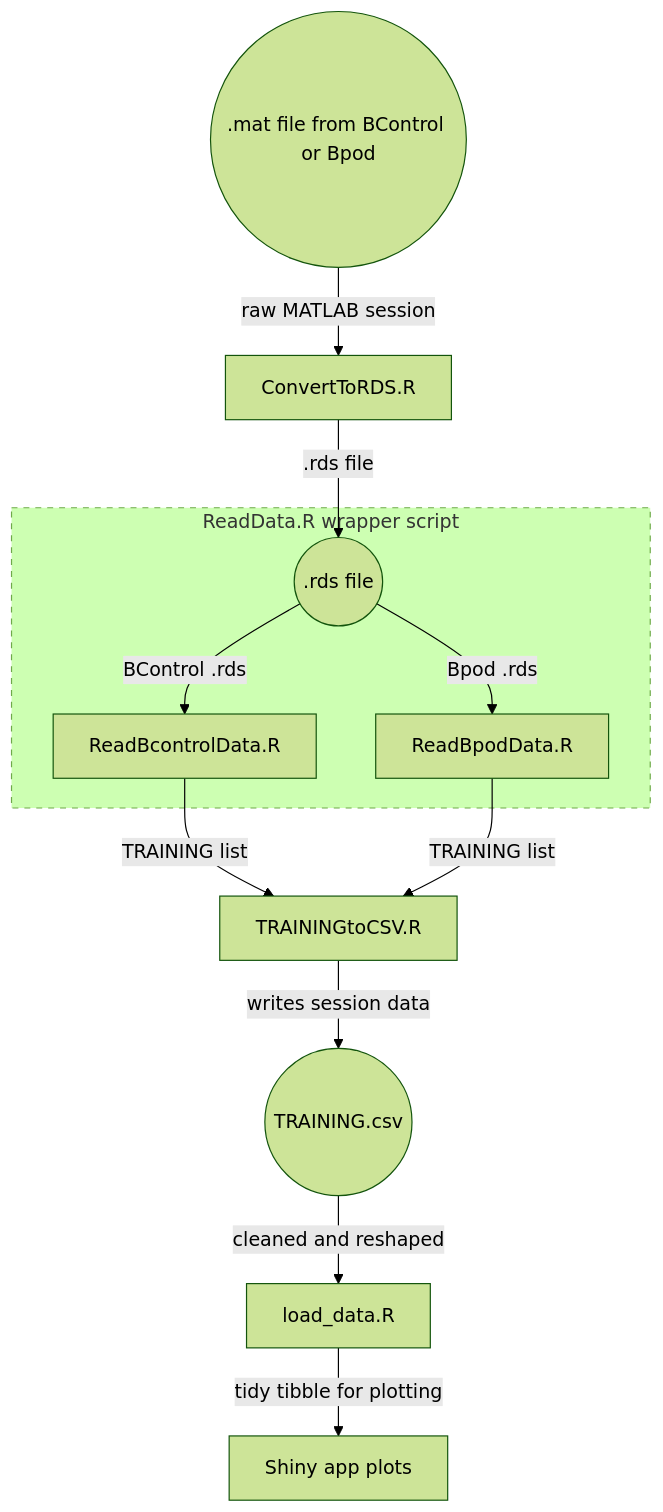
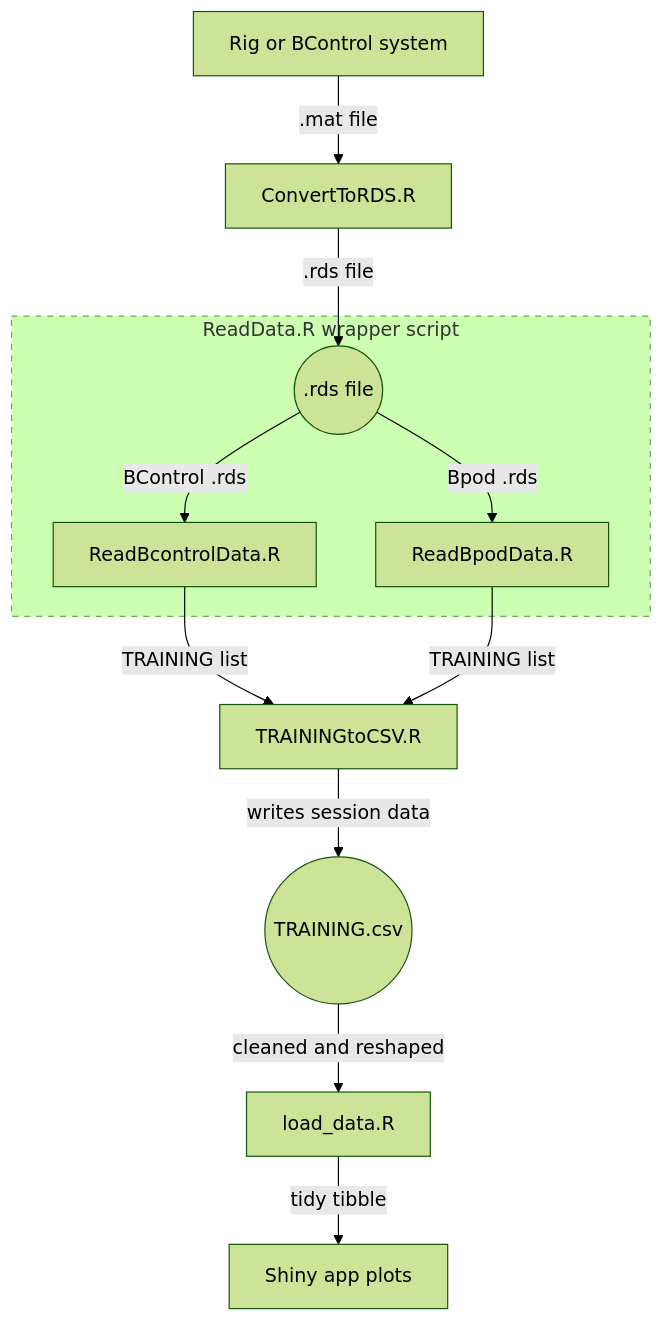
Before and after one commit to LIMLabSWC/shiny-performance-tracking: the diagram in docs/architecture.md, drawn with Mermaid (forest theme).

Commit message:
update mermaid graph

````diff
--- a/docs/architecture.md
+++ b/docs/architecture.md
@@ -25,24 +25,24 @@
 ```mermaid
 graph TD
 
-  %% Step 1: file input
-  A((.mat file from BControl or Bpod)) -->|raw MATLAB session| B[ConvertToRDS.R]
+  %% Step 0: Source system
+  A[Rig or BControl system] -->|.mat file| B[ConvertToRDS.R]
   B -->|.rds file| C((.rds file))
 
-  %% Step 2: ReadData dispatch logic
+  %% Step 1: Dispatch
   subgraph ReadDataWrapper [ReadData.R wrapper script]
     style ReadDataWrapper stroke-dasharray: 5 5
     C -->|BControl .rds| D[ReadBcontrolData.R]
     C -->|Bpod .rds| E[ReadBpodData.R]
   end
 
-  %% Step 3: CSV writing
+  %% Step 2: Save session data
   D -->|TRAINING list| F[TRAININGtoCSV.R]
   E -->|TRAINING list| F
   F -->|writes session data| G((TRAINING.csv))
 
-  %% Step 4: visualization
+  %% Step 3: Cleaning + visualization
   G -->|cleaned and reshaped| H[load_data.R]
-  H -->|tidy tibble for plotting| I[Shiny app plots]
+  H -->|tidy tibble| I[Shiny app plots]
 
 ```
````
